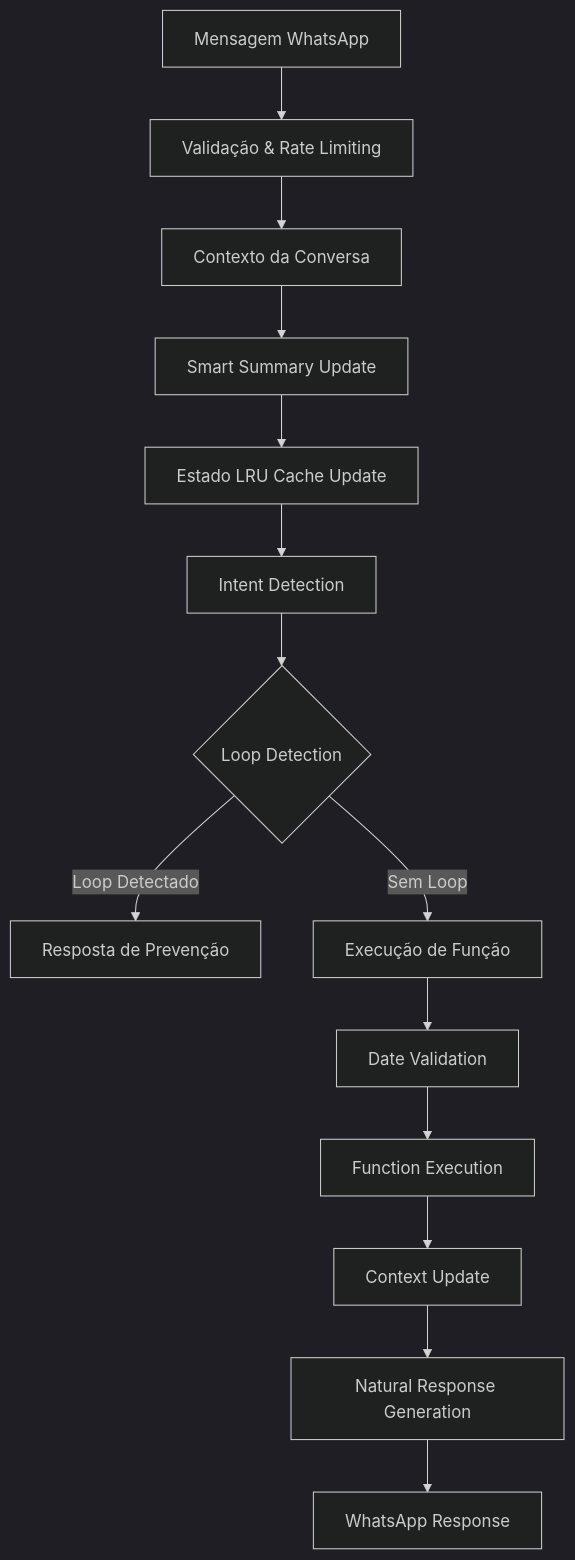
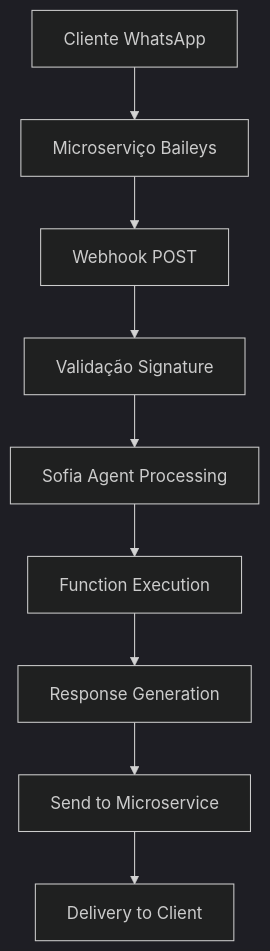
The diagram in README.md (IgorGewehr/locai), drawn with Mermaid (dark theme) before and after one commit. The commit also changed other lines of this file and 4 other files, not shown here.

````diff
--- a/README.md
+++ b/README.md
@@ -1390,16 +548,11 @@
 ```mermaid
 graph TD
-    A[Mensagem WhatsApp] --> B[Validação & Rate Limiting]
-    B --> C[Contexto da Conversa]
-    C --> D[Smart Summary Update]
-    D --> E[Estado LRU Cache Update]
-    E --> F[Intent Detection]
-    F --> G{Loop Detection}
-    G -->|Loop Detectado| H[Resposta de Prevenção]
-    G -->|Sem Loop| I[Execução de Função]
-    I --> J[Date Validation]
-    J --> K[Function Execution]
-    K --> L[Context Update]
-    L --> M[Natural Response Generation]
-    M --> N[WhatsApp Response]
+    A[Cliente WhatsApp] --> B[Microserviço Baileys]
+    B --> C[Webhook POST]
+    C --> D[Validação Signature]
+    D --> E[Sofia Agent Processing]
+    E --> F[Function Execution]
+    F --> G[Response Generation]
+    G --> H[Send to Microservice]
+    H --> I[Delivery to Client]
 ```
````
